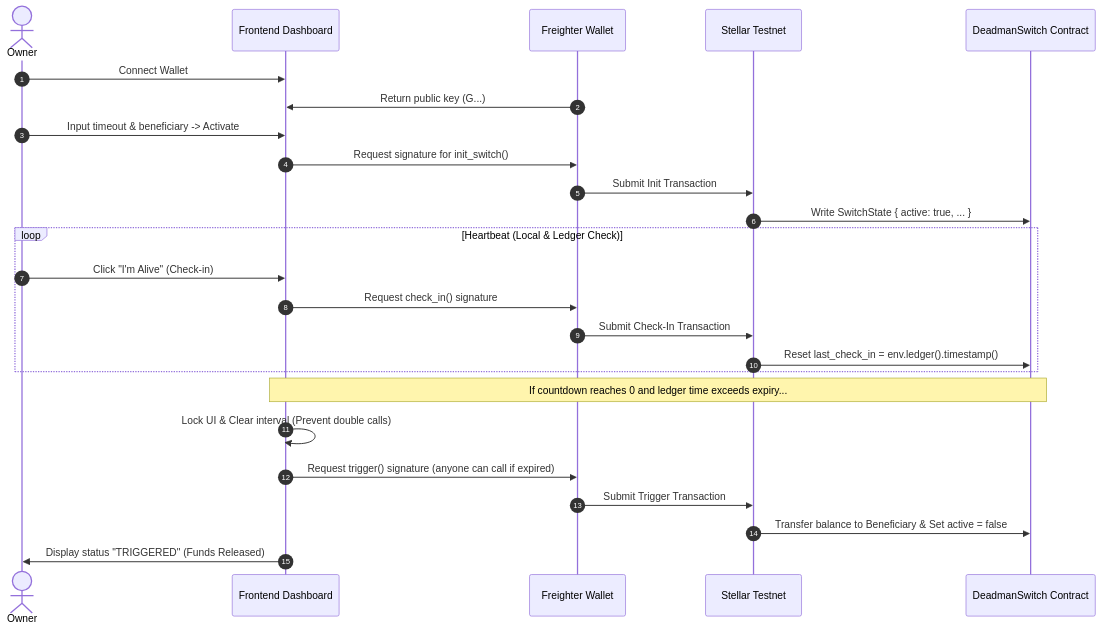
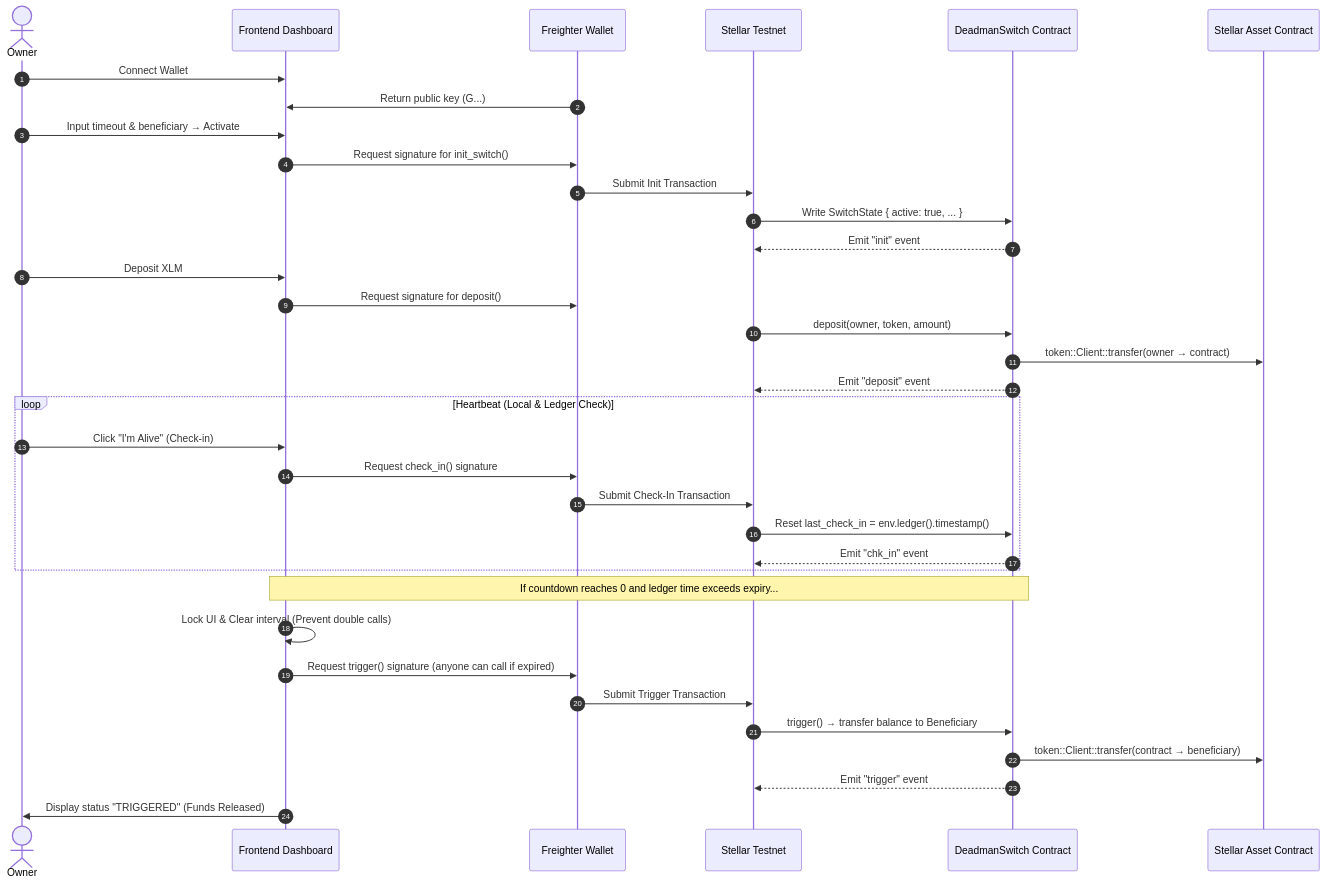
One commit to ssohini/deadman-switch changed the diagram in README.md. Above: the diagram before and after it, drawn with Mermaid. The commit also changed other lines of this file and 5 other files, not shown here.

````diff
--- a/README.md
+++ b/README.md
@@ -31,30 +32,41 @@
 ```mermaid
 sequenceDiagram
     autonumber
     actor Owner
     participant WebApp as Frontend Dashboard
     participant Freighter as Freighter Wallet
     participant Network as Stellar Testnet
     participant Contract as DeadmanSwitch Contract
+    participant SAC as Stellar Asset Contract
 
     Owner->>WebApp: Connect Wallet
     Freighter->>WebApp: Return public key (G...)
-    Owner->>WebApp: Input timeout & beneficiary -> Activate
+    Owner->>WebApp: Input timeout & beneficiary → Activate
     WebApp->>Freighter: Request signature for init_switch()
     Freighter->>Network: Submit Init Transaction
     Network->>Contract: Write SwitchState { active: true, ... }
+    Contract-->>Network: Emit "init" event
+    
+    Owner->>WebApp: Deposit XLM
+    WebApp->>Freighter: Request signature for deposit()
+    Network->>Contract: deposit(owner, token, amount)
+    Contract->>SAC: token::Client::transfer(owner → contract)
+    Contract-->>Network: Emit "deposit" event
     
     loop Heartbeat (Local & Ledger Check)
         Owner->>WebApp: Click "I'm Alive" (Check-in)
         WebApp->>Freighter: Request check_in() signature
         Freighter->>Network: Submit Check-In Transaction
         Network->>Contract: Reset last_check_in = env.ledger().timestamp()
+        Contract-->>Network: Emit "chk_in" event
     end
 
     Note over WebApp,Contract: If countdown reaches 0 and ledger time exceeds expiry...
     WebApp->>WebApp: Lock UI & Clear interval (Prevent double calls)
     WebApp->>Freighter: Request trigger() signature (anyone can call if expired)
     Freighter->>Network: Submit Trigger Transaction
-    Network->>Contract: Transfer balance to Beneficiary & Set active = false
+    Network->>Contract: trigger() → transfer balance to Beneficiary
+    Contract->>SAC: token::Client::transfer(contract → beneficiary)
+    Contract-->>Network: Emit "trigger" event
     WebApp->>Owner: Display status "TRIGGERED" (Funds Released)
 ```
````
